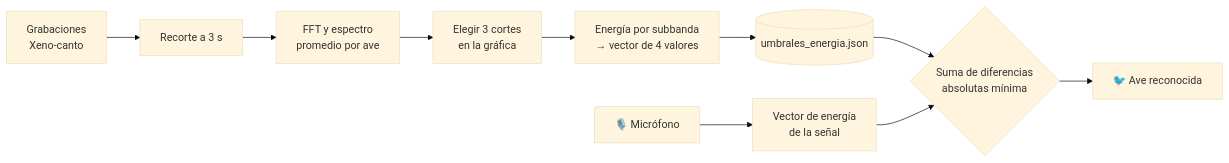
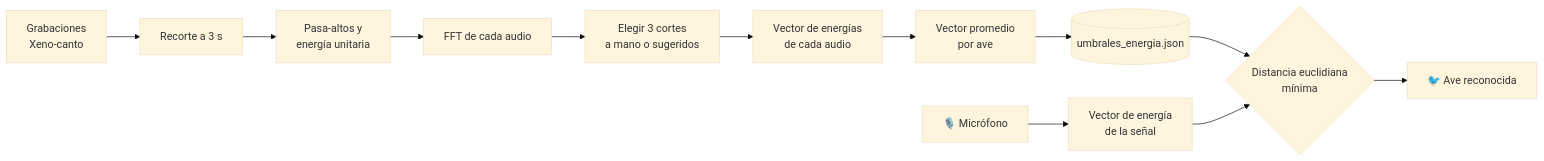
One commit to Navarro0k/reconocimiento-de-audio-por-bancos-de-filtros changed the diagram in README.md. Above: the diagram before and after it, drawn with Mermaid (base theme). The commit also changed other lines of this file, not shown here.

Commit message:
README: método del documento (energía por señal y distancia euclidiana)

````diff
--- a/README.md
+++ b/README.md
@@ -41,12 +41,14 @@
 ```mermaid
 flowchart LR
     A[Grabaciones<br/>Xeno-canto] --> B[Recorte a 3 s]
-    B --> C[FFT y espectro<br/>promedio por ave]
-    C --> D[Elegir 3 cortes<br/>en la gráfica]
-    D --> E[Energía por subbanda<br/>→ vector de 4 valores]
-    E --> F[(umbrales_energia.json)]
+    B --> B2[Pasa-altos y<br/>energía unitaria]
+    B2 --> C[FFT de cada audio]
+    C --> D[Elegir 3 cortes<br/>a mano o sugeridos]
+    D --> E[Vector de energías<br/>de cada audio]
+    E --> E2[Vector promedio<br/>por ave]
+    E2 --> F[(umbrales_energia.json)]
     G[🎙️ Micrófono] --> H[Vector de energía<br/>de la señal]
-    F --> I{Suma de diferencias<br/>absolutas mínima}
+    F --> I{Distancia euclidiana<br/>mínima}
     H --> I
     I --> J[🐦 Ave reconocida]
 ```
````
